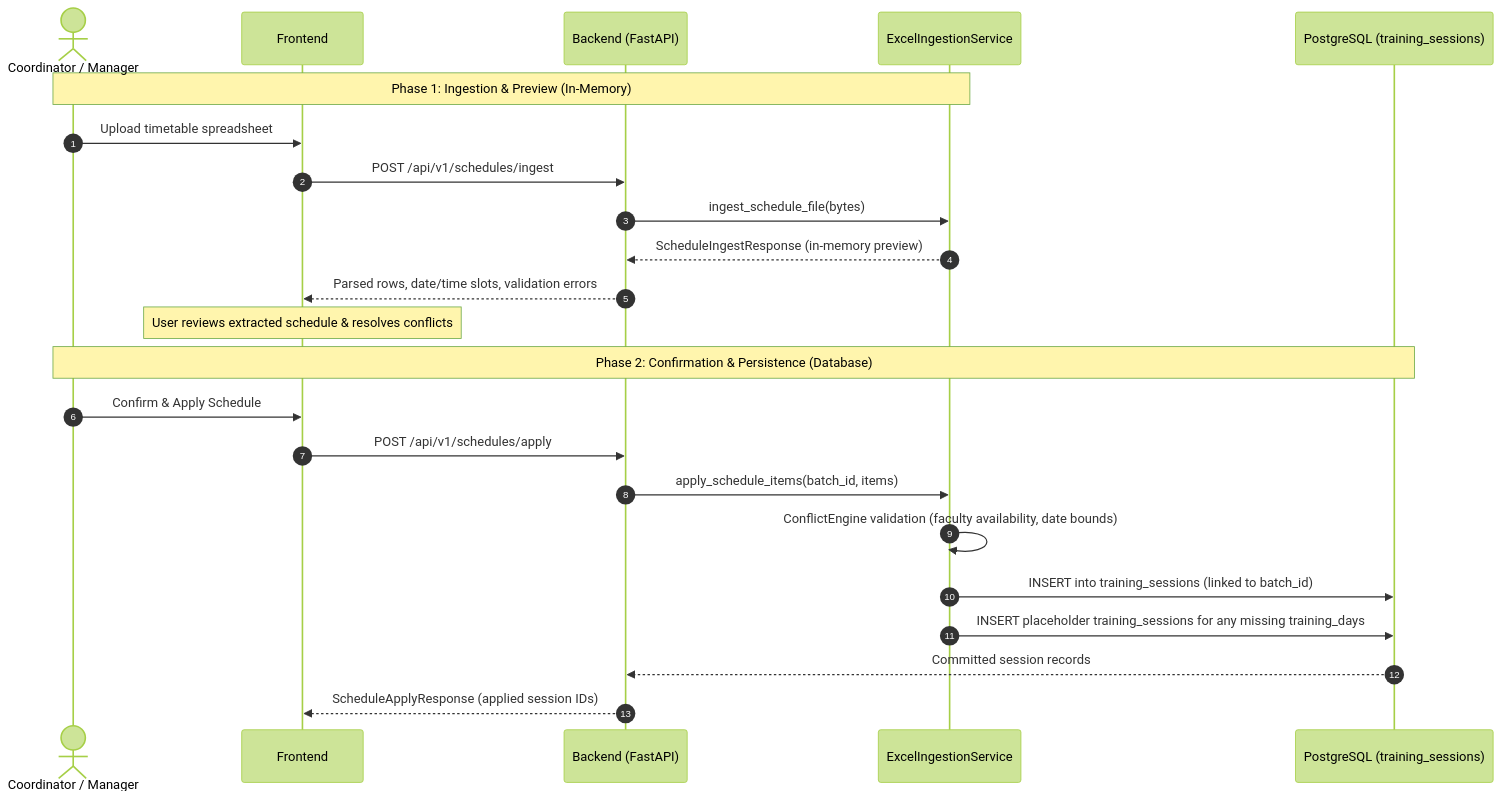
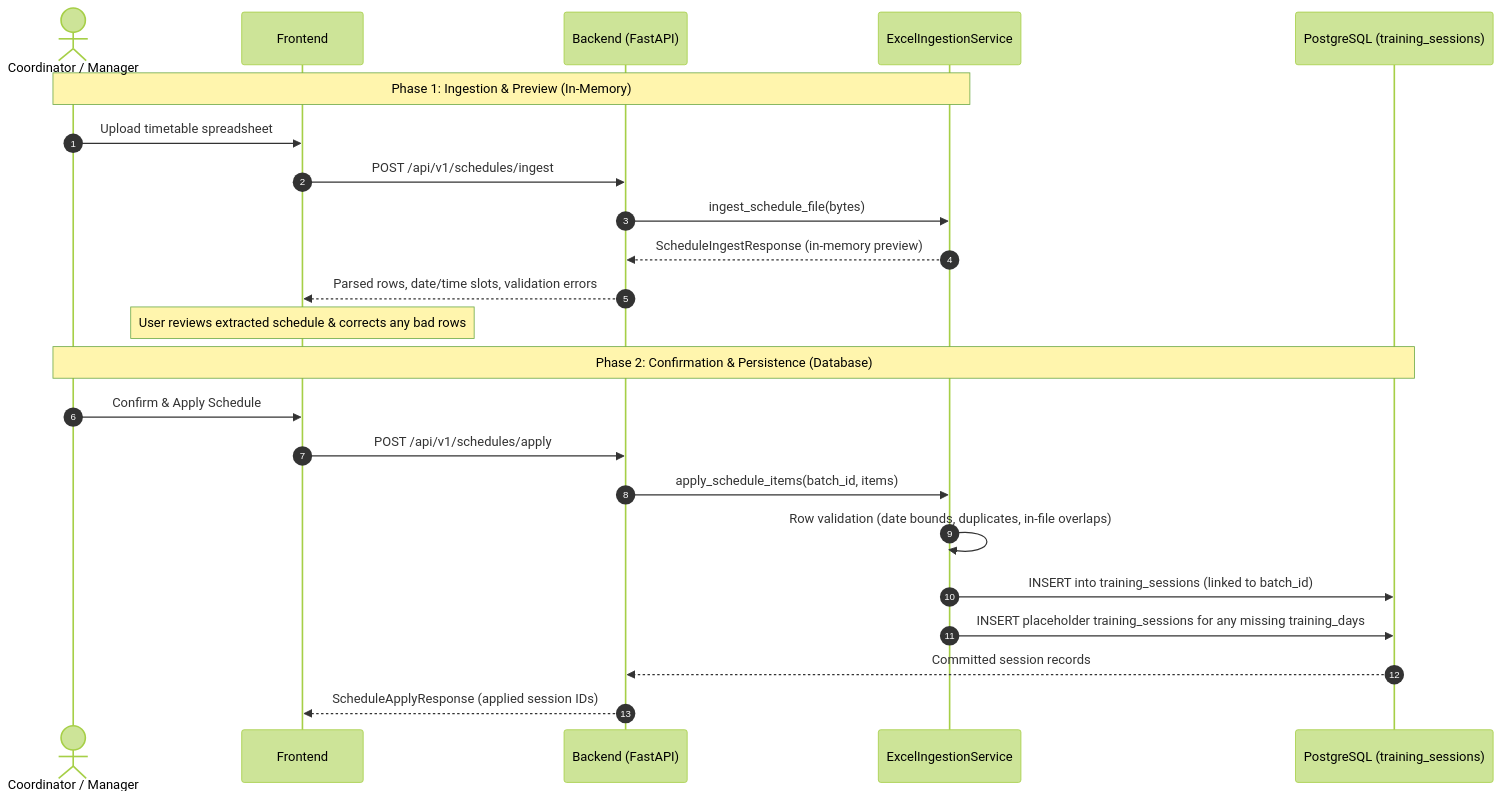
The second of 2 diagrams in README.md (sv071477-wq/ops), drawn with Mermaid (forest theme) before and after one commit. The commit also changed other lines of this file and 79 other files, not shown here.

````diff
--- a/README.md
+++ b/README.md
@@ -71,27 +71,27 @@
 ```mermaid
 sequenceDiagram
     autonumber
     actor User as Coordinator / Manager
     participant Client as Frontend
     participant API as Backend (FastAPI)
     participant Service as ExcelIngestionService
     participant DB as PostgreSQL (training_sessions)
 
     Note over User,Service: Phase 1: Ingestion & Preview (In-Memory)
     User->>Client: Upload timetable spreadsheet
     Client->>API: POST /api/v1/schedules/ingest
     API->>Service: ingest_schedule_file(bytes)
     Service-->>API: ScheduleIngestResponse (in-memory preview)
     API-->>Client: Parsed rows, date/time slots, validation errors
-    Note over Client: User reviews extracted schedule & resolves conflicts
+    Note over Client: User reviews extracted schedule & corrects any bad rows
 
     Note over User,DB: Phase 2: Confirmation & Persistence (Database)
     User->>Client: Confirm & Apply Schedule
     Client->>API: POST /api/v1/schedules/apply
     API->>Service: apply_schedule_items(batch_id, items)
-    Service->>Service: ConflictEngine validation (faculty availability, date bounds)
+    Service->>Service: Row validation (date bounds, duplicates, in-file overlaps)
     Service->>DB: INSERT into training_sessions (linked to batch_id)
     Service->>DB: INSERT placeholder training_sessions for any missing training_days
     DB-->>API: Committed session records
     API-->>Client: ScheduleApplyResponse (applied session IDs)
 ```
````
